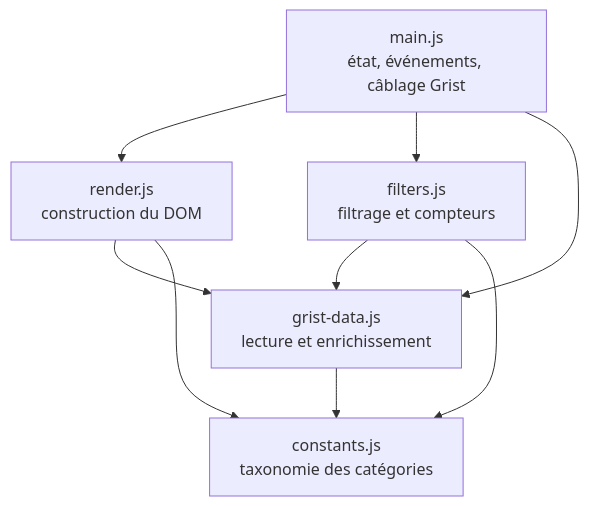
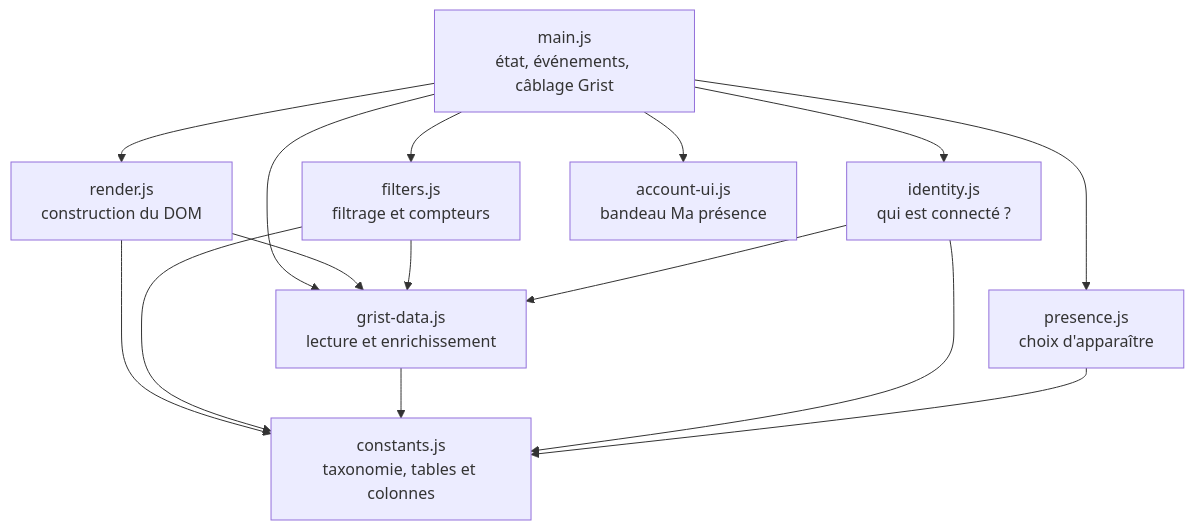
The second of 5 diagrams in docs/developpeurs.md (lombre33/Annuaire_PUI_Bordeaux), drawn with Mermaid before and after one commit. The commit also changed other lines of this file and 11 other files, not shown here.

````diff
--- a/docs/developpeurs.md
+++ b/docs/developpeurs.md
@@ -67,16 +73,25 @@
 ```mermaid
 flowchart TD
     main["main.js<br/>état, événements, câblage Grist"]
     render["render.js<br/>construction du DOM"]
     filters["filters.js<br/>filtrage et compteurs"]
     data["grist-data.js<br/>lecture et enrichissement"]
-    constants["constants.js<br/>taxonomie des catégories"]
+    identity["identity.js<br/>qui est connecté ?"]
+    presence["presence.js<br/>choix d'apparaître"]
+    account["account-ui.js<br/>bandeau Ma présence"]
+    constants["constants.js<br/>taxonomie, tables et colonnes"]
     main --> render
     main --> filters
     main --> data
+    main --> identity
+    main --> presence
+    main --> account
     render --> data
     filters --> data
+    identity --> data
     render --> constants
     filters --> constants
     data --> constants
+    identity --> constants
+    presence --> constants
 ```
````
